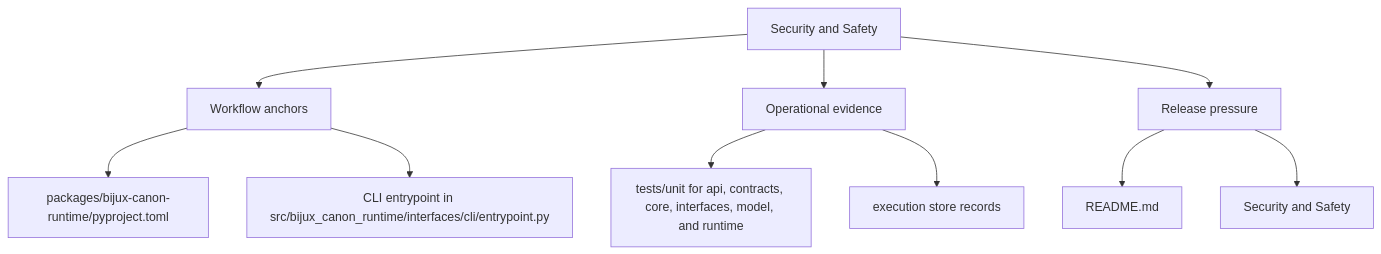
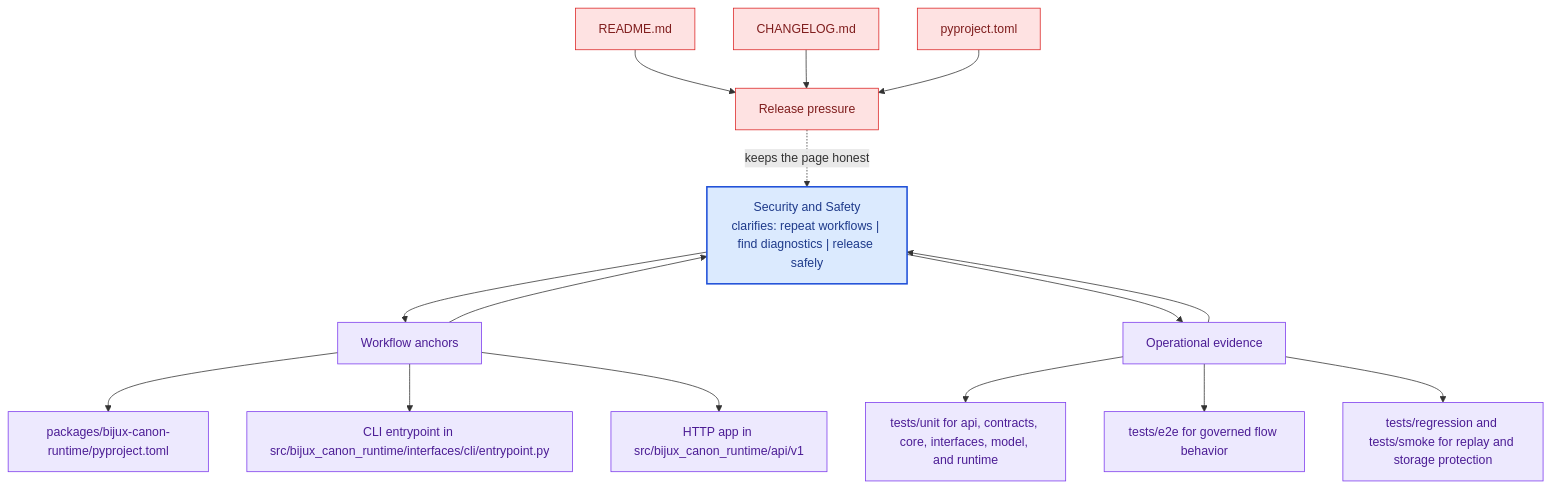
Before and after one commit to bijux/bijux-canon: the second of 2 diagrams in docs/bijux-canon-runtime/operations/security-and-safety.md, drawn with Mermaid. The commit also changed other lines of this file and 281 other files, not shown here.

Commit message:
docs(diagrams): deepen handbook mermaid maps across the catalog

````diff
--- a/docs/bijux-canon-runtime/operations/security-and-safety.md
+++ b/docs/bijux-canon-runtime/operations/security-and-safety.md
@@ -34,22 +67,41 @@
 ```mermaid
-flowchart TD
-    page["Security and Safety"]
+flowchart TB
+    promise["Security and Safety<br/>clarifies: repeat workflows | find diagnostics | release safely"]
+    classDef promise fill:#dbeafe,stroke:#1d4ed8,color:#1e3a8a,stroke-width:2px;
+    classDef driver fill:#dcfce7,stroke:#16a34a,color:#14532d;
+    classDef constraint fill:#fee2e2,stroke:#dc2626,color:#7f1d1d;
+    classDef ground fill:#ede9fe,stroke:#7c3aed,color:#4c1d95;
     focus1["Workflow anchors"]
-    page --> focus1
+    focus1 --> promise
+    promise --> focus1
     focus1_1["packages/bijux-canon-runtime/pyproject.toml"]
     focus1 --> focus1_1
     focus1_2["CLI entrypoint in src/bijux_canon_runtime/interfaces/cli/entrypoint.py"]
     focus1 --> focus1_2
+    focus1_3["HTTP app in src/bijux_canon_runtime/api/v1"]
+    focus1 --> focus1_3
+    class focus1 ground;
+    class focus1_1,focus1_2,focus1_3 ground;
     focus2["Operational evidence"]
-    page --> focus2
+    focus2 --> promise
+    promise --> focus2
     focus2_1["tests/unit for api, contracts, core, interfaces, model, and runtime"]
     focus2 --> focus2_1
-    focus2_2["execution store records"]
+    focus2_2["tests/e2e for governed flow behavior"]
     focus2 --> focus2_2
+    focus2_3["tests/regression and tests/smoke for replay and storage protection"]
+    focus2 --> focus2_3
+    class focus2 ground;
+    class focus2_1,focus2_2,focus2_3 ground;
     focus3["Release pressure"]
-    page --> focus3
+    focus3 -.keeps the page honest.-> promise
     focus3_1["README.md"]
-    focus3 --> focus3_1
-    focus3_2["Security and Safety"]
-    focus3 --> focus3_2
+    focus3_1 --> focus3
+    focus3_2["CHANGELOG.md"]
+    focus3_2 --> focus3
+    focus3_3["pyproject.toml"]
+    focus3_3 --> focus3
+    class focus3 constraint;
+    class focus3_1,focus3_2,focus3_3 constraint;
+    class promise promise;
 ```
````
